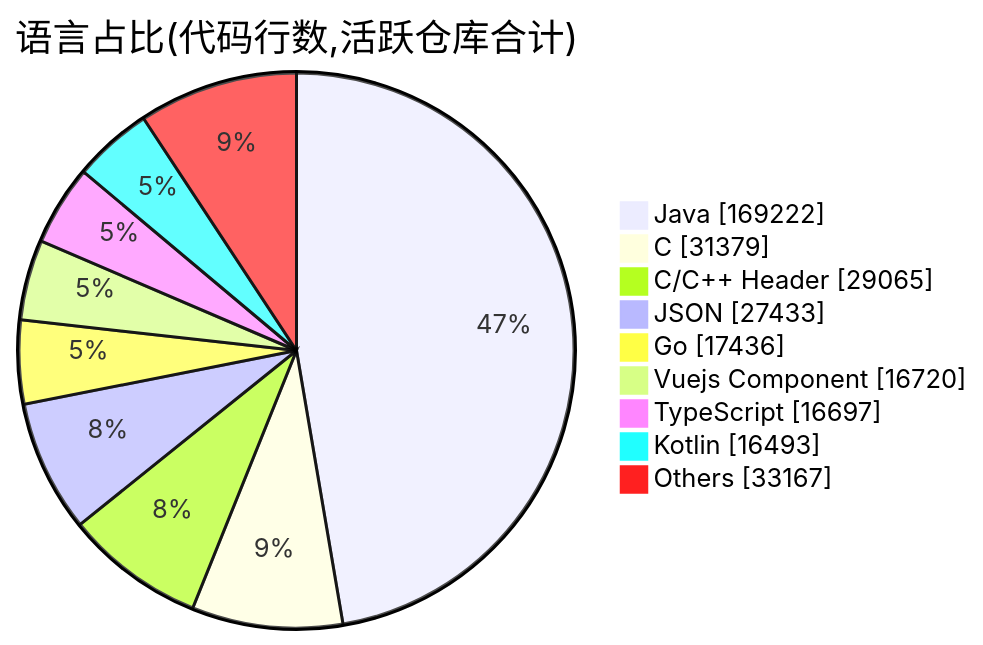
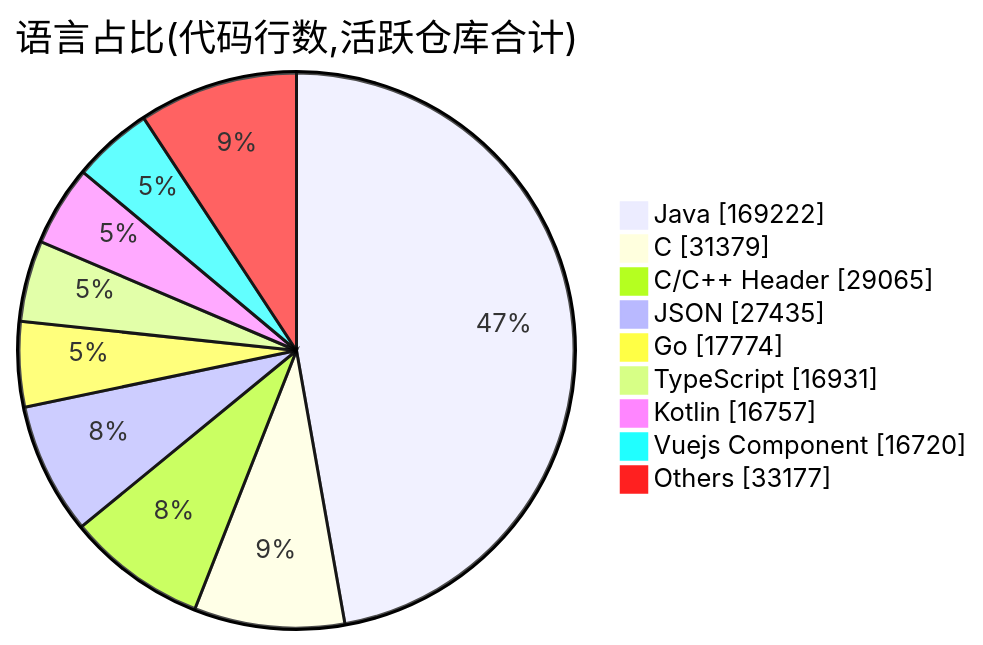
Before and after one commit to Conflux-Union/.github: the second of 2 diagrams in profile/README.md, drawn with Mermaid. The commit also changed other lines of this file and 1 other file, not shown here.

````diff
--- a/profile/README.md
+++ b/profile/README.md
@@ -78,13 +78,13 @@
 ```mermaid
 pie showData
     title 语言占比(代码行数,活跃仓库合计)
     "Java" : 169222
     "C" : 31379
     "C/C++ Header" : 29065
-    "JSON" : 27433
-    "Go" : 17436
+    "JSON" : 27435
+    "Go" : 17774
+    "TypeScript" : 16931
+    "Kotlin" : 16757
     "Vuejs Component" : 16720
-    "TypeScript" : 16697
-    "Kotlin" : 16493
-    "Others" : 33167
+    "Others" : 33177
 ```
````
